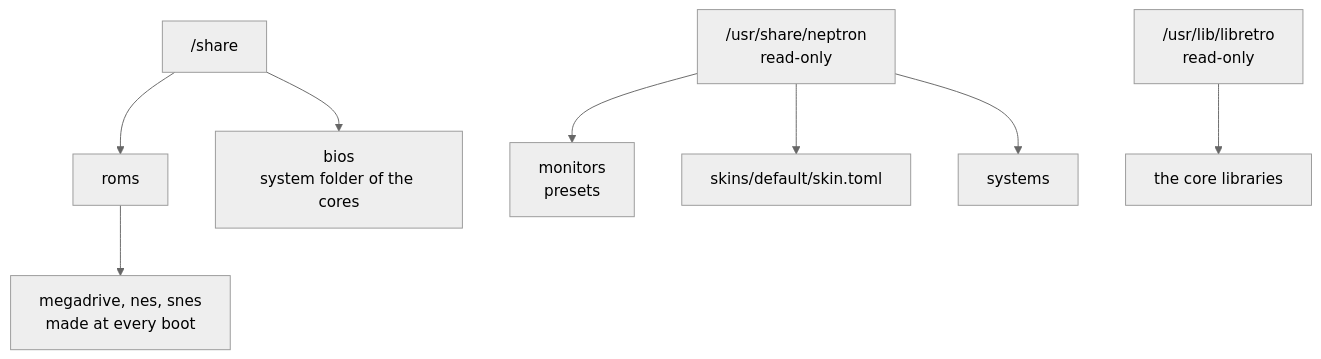
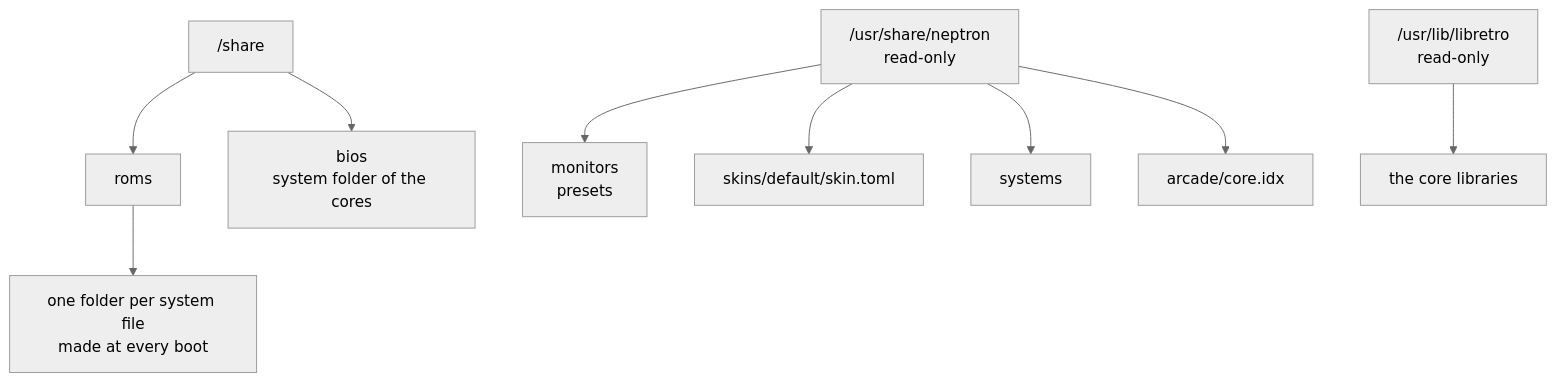
One commit to paologaleotti/neptron changed the third of 4 diagrams in docs/flows/08-on-disk.md. Above: the diagram before and after it, drawn with Mermaid (neutral theme). The commit also changed other lines of this file and 2 other files, not shown here.

First line of the commit message:
docs(flows): list the current files, keys and ROM folders on disk, in power-on and on the bench

````diff
--- a/docs/flows/08-on-disk.md
+++ b/docs/flows/08-on-disk.md
@@ -38,10 +40,11 @@
 ```mermaid
 flowchart TD
     SH["/share"] --> R["roms"]
-    R --> RS["megadrive, nes, snes<br/>made at every boot"]
+    R --> RS["one folder per system file<br/>made at every boot"]
     SH --> B["bios<br/>system folder of the cores"]
     DATA["/usr/share/neptron<br/>read-only"] --> M["monitors<br/>presets"]
     DATA --> SK["skins/default/skin.toml"]
     DATA --> SYS["systems"]
+    DATA --> AR["arcade/core.idx"]
     CORES["/usr/lib/libretro<br/>read-only"] --> CO["the core libraries"]
 ```
````
